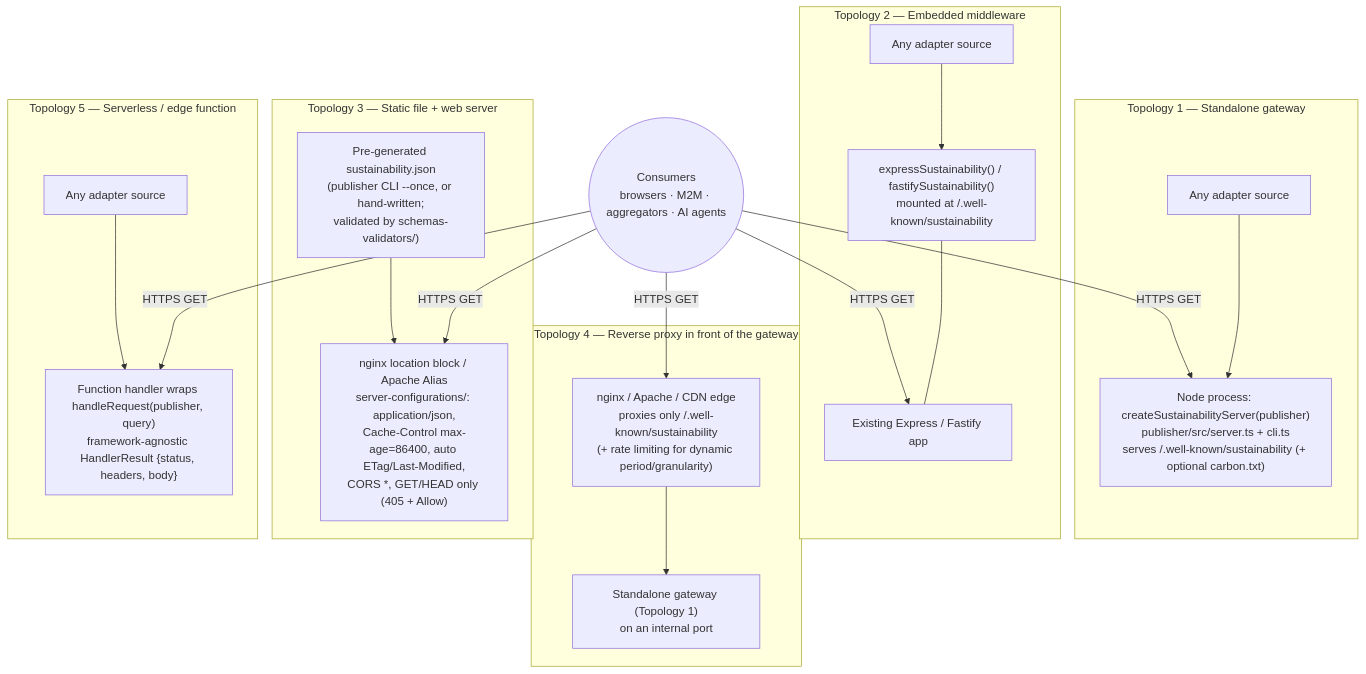
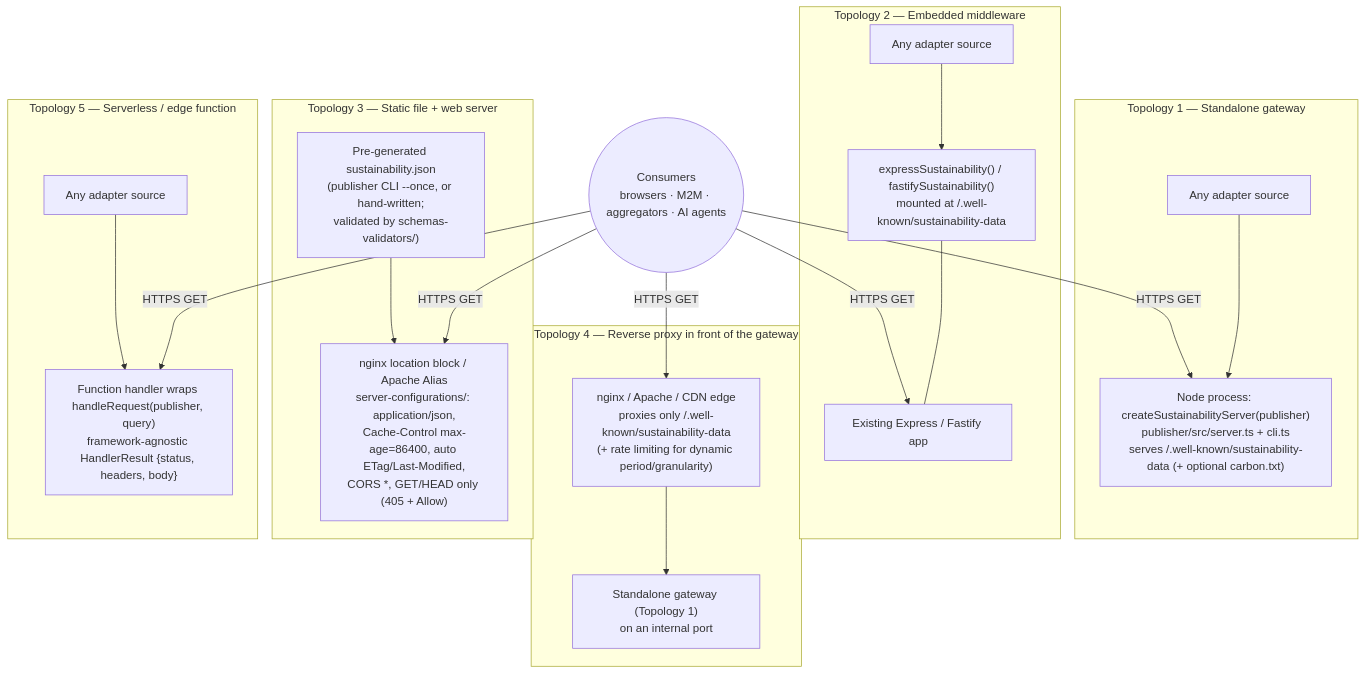
The tenth of 10 diagrams in architecture/README.md (andreibesleaga/rfc-sustainability-wellknown), drawn with Mermaid before and after one commit. The commit also changed other lines of this file and 117 other files, not shown here.

````diff
--- a/architecture/README.md
+++ b/architecture/README.md
@@ -741,42 +753,42 @@
 ```mermaid
 flowchart TB
     CLIENT(("Consumers<br/>browsers · M2M · aggregators · AI agents"))
 
     subgraph T1["Topology 1 — Standalone gateway"]
-        SA["Node process: createSustainabilityServer(publisher)<br/>publisher/src/server.ts + cli.ts<br/>serves /.well-known/sustainability (+ optional carbon.txt)"]
+        SA["Node process: createSustainabilityServer(publisher)<br/>publisher/src/server.ts + cli.ts<br/>serves /.well-known/sustainability-data (+ optional carbon.txt)"]
         SRC1["Any adapter source"]
         SRC1 --> SA
     end
 
     subgraph T2["Topology 2 — Embedded middleware"]
         APP2["Existing Express / Fastify app"]
-        MW["expressSustainability() / fastifySustainability()<br/>mounted at /.well-known/sustainability"]
+        MW["expressSustainability() / fastifySustainability()<br/>mounted at /.well-known/sustainability-data"]
         SRC2["Any adapter source"]
         SRC2 --> MW
         MW --- APP2
     end
 
     subgraph T3["Topology 3 — Static file + web server"]
         GEN["Pre-generated sustainability.json<br/>(publisher CLI --once, or hand-written;<br/>validated by schemas-validators/)"]
         NG["nginx location block / Apache Alias<br/>server-configurations/: application/json,<br/>Cache-Control max-age=86400, auto ETag/Last-Modified,<br/>CORS *, GET/HEAD only (405 + Allow)"]
         GEN --> NG
     end
 
     subgraph T4["Topology 4 — Reverse proxy in front of the gateway"]
-        RP["nginx / Apache / CDN edge<br/>proxies only /.well-known/sustainability<br/>(+ rate limiting for dynamic period/granularity)"]
+        RP["nginx / Apache / CDN edge<br/>proxies only /.well-known/sustainability-data<br/>(+ rate limiting for dynamic period/granularity)"]
         GW4["Standalone gateway (Topology 1)<br/>on an internal port"]
         RP --> GW4
     end
 
     subgraph T5["Topology 5 — Serverless / edge function"]
         FN["Function handler wraps handleRequest(publisher, query)<br/>framework-agnostic HandlerResult {status, headers, body}"]
         SRC5["Any adapter source"]
         SRC5 --> FN
     end
 
     CLIENT -- "HTTPS GET" --> SA
     CLIENT -- "HTTPS GET" --> APP2
     CLIENT -- "HTTPS GET" --> NG
     CLIENT -- "HTTPS GET" --> RP
     CLIENT -- "HTTPS GET" --> FN
 ```
````
